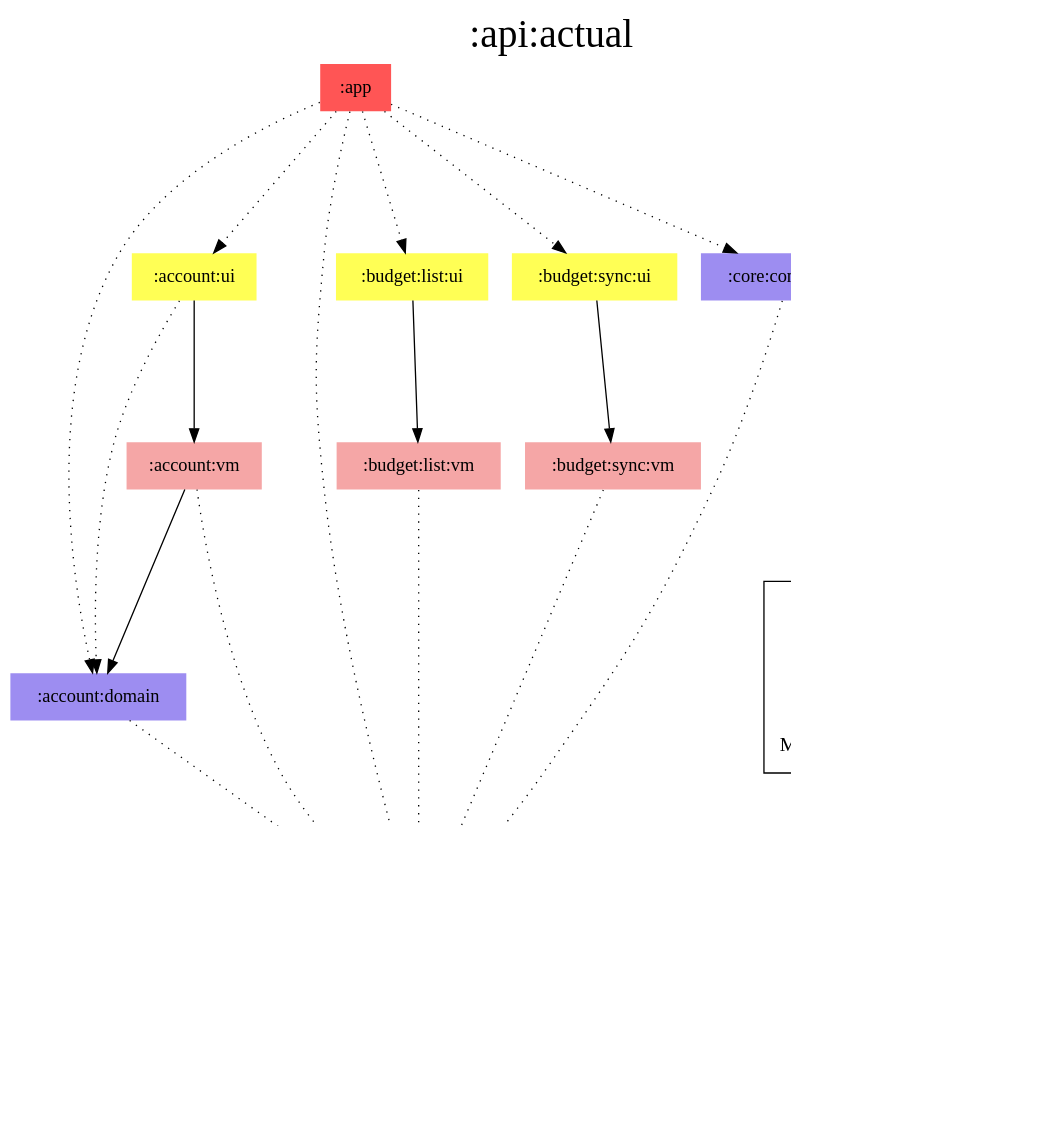
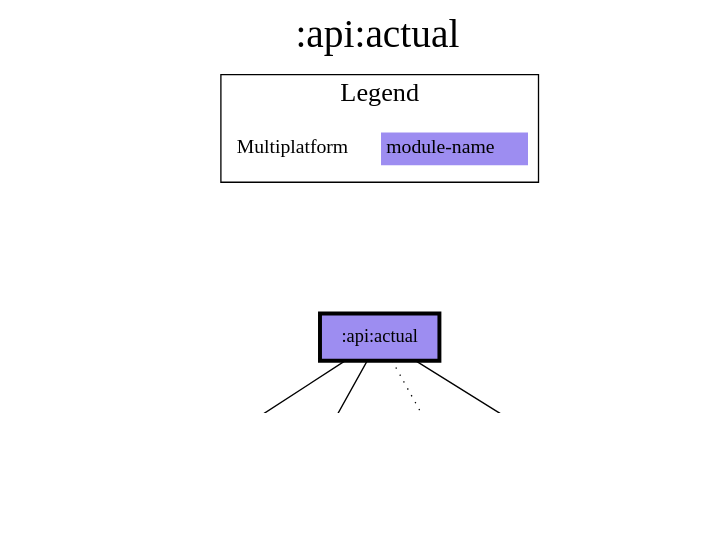
The diagram in modules/api/actual/modules.dot (jonapoul/aktual), drawn with Graphviz before and after one commit. The commit also changed 73 other files, not shown here.

Commit message:
Remove upstream diagrams

```diff
--- a/modules/api/actual/modules.dot
+++ b/modules/api/actual/modules.dot
@@ -1,56 +1,28 @@
 digraph {
 edge ["dir"="forward"]
 graph ["dpi"="100","label"=":api:actual","labelloc"="t","fontsize"="30","ranksep"="1.5","rankdir"="TB"]
 node ["style"="filled"]
-":account:domain" ["fillcolor"="#9D8DF1","shape"="none"]
 ":account:model" ["fillcolor"="#9D8DF1","shape"="none"]
-":account:ui" ["fillcolor"="#FFFF55","shape"="none"]
-":account:vm" ["fillcolor"="#F5A6A6","shape"="none"]
 ":api:actual" ["fillcolor"="#9D8DF1","color"="black","penwidth"="3","shape"="box"]
-":app" ["fillcolor"="#FF5555","shape"="none"]
-":budget:list:ui" ["fillcolor"="#FFFF55","shape"="none"]
-":budget:list:vm" ["fillcolor"="#F5A6A6","shape"="none"]
 ":budget:model" ["fillcolor"="#9D8DF1","shape"="none"]
-":budget:sync:ui" ["fillcolor"="#FFFF55","shape"="none"]
-":budget:sync:vm" ["fillcolor"="#F5A6A6","shape"="none"]
 ":codegen:annotation" ["fillcolor"="#9D8DF1","shape"="none"]
-":core:connection" ["fillcolor"="#9D8DF1","shape"="none"]
 ":core:model" ["fillcolor"="#9D8DF1","shape"="none"]
 {
 edge ["dir"="none"]
 graph ["rank"="same"]
 ":api:actual"
 }
-":account:domain" -> ":api:actual" ["style"="dotted"]
-":account:ui" -> ":account:domain" ["style"="dotted"]
-":account:ui" -> ":account:vm"
-":account:vm" -> ":account:domain"
-":account:vm" -> ":api:actual" ["style"="dotted"]
 ":api:actual" -> ":account:model"
 ":api:actual" -> ":budget:model"
 ":api:actual" -> ":codegen:annotation" ["style"="dotted"]
 ":api:actual" -> ":core:model"
-":app" -> ":account:domain" ["style"="dotted"]
-":app" -> ":account:ui" ["style"="dotted"]
-":app" -> ":api:actual" ["style"="dotted"]
-":app" -> ":budget:list:ui" ["style"="dotted"]
-":app" -> ":budget:sync:ui" ["style"="dotted"]
-":app" -> ":core:connection" ["style"="dotted"]
-":budget:list:ui" -> ":budget:list:vm"
-":budget:list:vm" -> ":api:actual" ["style"="dotted"]
-":budget:sync:ui" -> ":budget:sync:vm"
-":budget:sync:vm" -> ":api:actual" ["style"="dotted"]
-":core:connection" -> ":api:actual" ["style"="dotted"]
 subgraph "cluster_legend" {
 edge ["dir"="none"]
 graph ["label"="Legend","fontsize"="20"]
 "Legend" ["style"="filled","fillcolor"="#FFFFFF","shape"="none","margin"="0","fontsize"="15","label"=<
 <TABLE BORDER="0" CELLBORDER="0" CELLSPACING="0" CELLPADDING="4">
-<TR><TD>App</TD><TD BGCOLOR="#FF5555">module-name</TD></TR>
-<TR><TD>ViewModel</TD><TD BGCOLOR="#F5A6A6">module-name</TD></TR>
-<TR><TD>Compose</TD><TD BGCOLOR="#FFFF55">module-name</TD></TR>
 <TR><TD>Multiplatform</TD><TD BGCOLOR="#9D8DF1">module-name</TD></TR>
 </TABLE>
 >]
 } -> ":api:actual" ["style"="invis"]
 }
```
